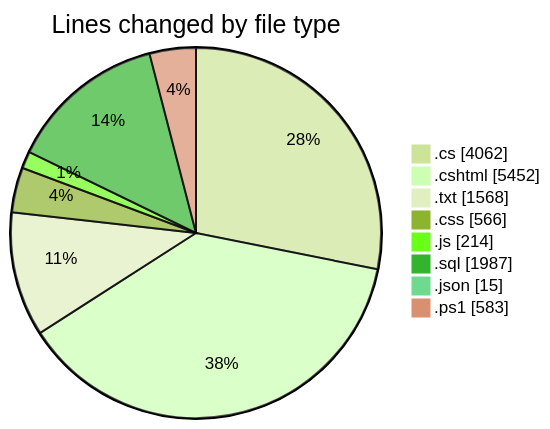
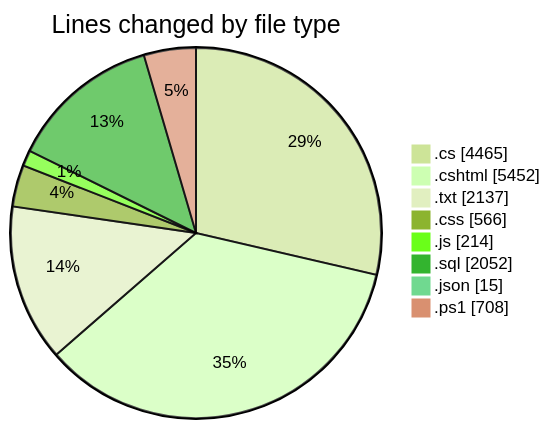
Before and after one commit to lephambinh05/code-tracking: the first of 2 diagrams in 2025-07-28/quanlyrapchieuphim-1/README.md, drawn with Mermaid (forest theme). The commit also changed other lines of this file and 1 other file, not shown here.

````diff
--- a/2025-07-28/quanlyrapchieuphim-1/README.md
+++ b/2025-07-28/quanlyrapchieuphim-1/README.md
@@ -65,12 +69,12 @@
 ```mermaid
 pie showData
 title Lines changed by file type
-".cs" : 4062
+".cs" : 4465
 ".cshtml" : 5452
-".txt" : 1568
+".txt" : 2137
 ".css" : 566
 ".js" : 214
-".sql" : 1987
+".sql" : 2052
 ".json" : 15
-".ps1" : 583
+".ps1" : 708
 ```
````
